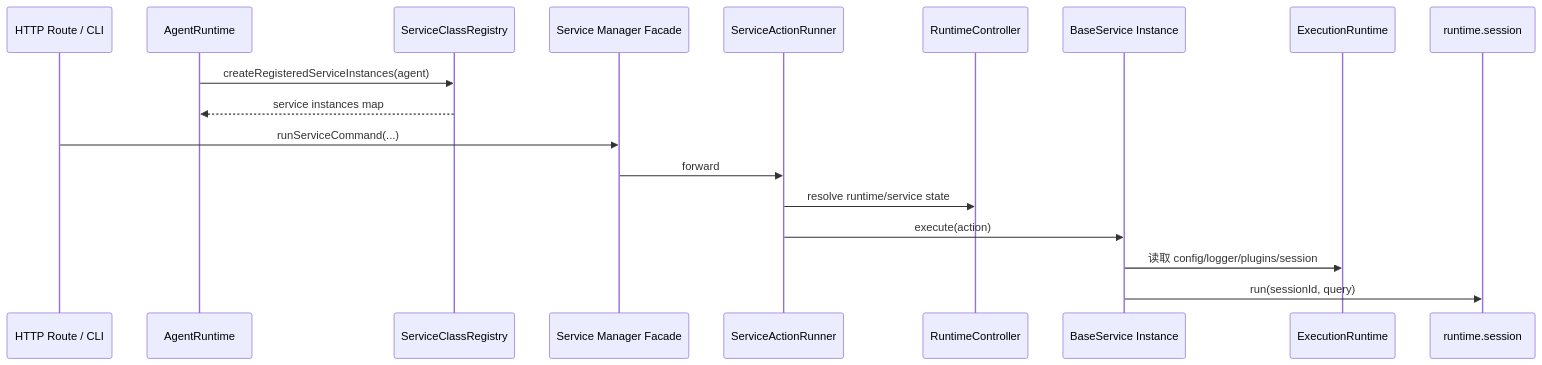
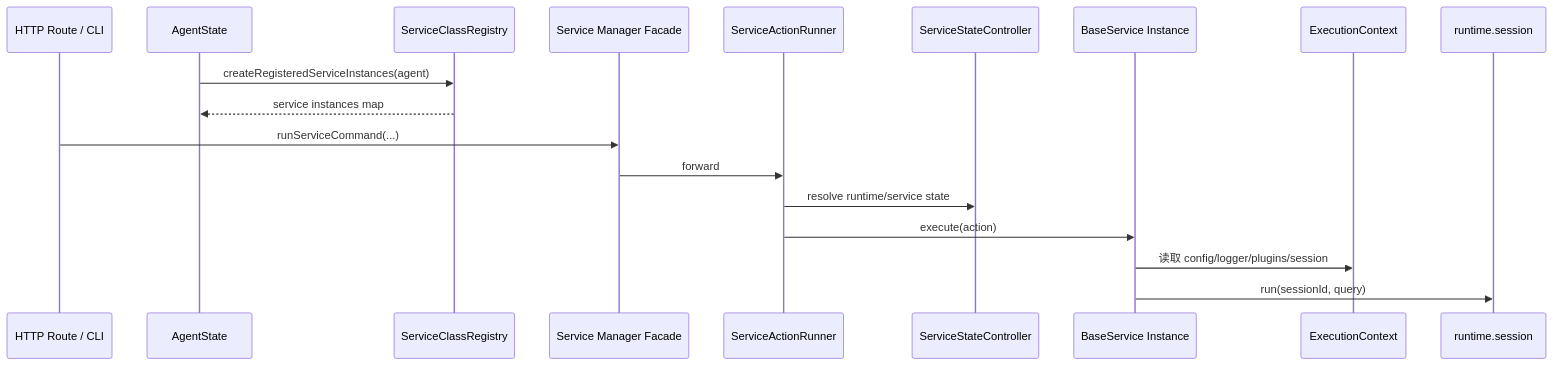
The first of 3 diagrams in devdocs/service-and-plugin.md (wangenius/downcity), drawn with Mermaid before and after one commit. The commit also changed other lines of this file and 168 other files, not shown here.

````diff
--- a/devdocs/service-and-plugin.md
+++ b/devdocs/service-and-plugin.md
@@ -94,21 +94,21 @@
 ```mermaid
 sequenceDiagram
   participant Route as HTTP Route / CLI
-  participant Agent as AgentRuntime
+  participant Agent as AgentState
   participant Registry as ServiceClassRegistry
   participant Manager as Service Manager Facade
   participant Runner as ServiceActionRunner
-  participant RuntimeCtl as RuntimeController
+  participant RuntimeCtl as ServiceStateController
   participant Service as BaseService Instance
-  participant Runtime as ExecutionRuntime
+  participant Runtime as ExecutionContext
   participant Session as runtime.session
 
   Agent->>Registry: createRegisteredServiceInstances(agent)
   Registry-->>Agent: service instances map
   Route->>Manager: runServiceCommand(...)
   Manager->>Runner: forward
   Runner->>RuntimeCtl: resolve runtime/service state
   Runner->>Service: execute(action)
   Service->>Runtime: 读取 config/logger/plugins/session
   Service->>Session: run(sessionId, query)
 ```
````
